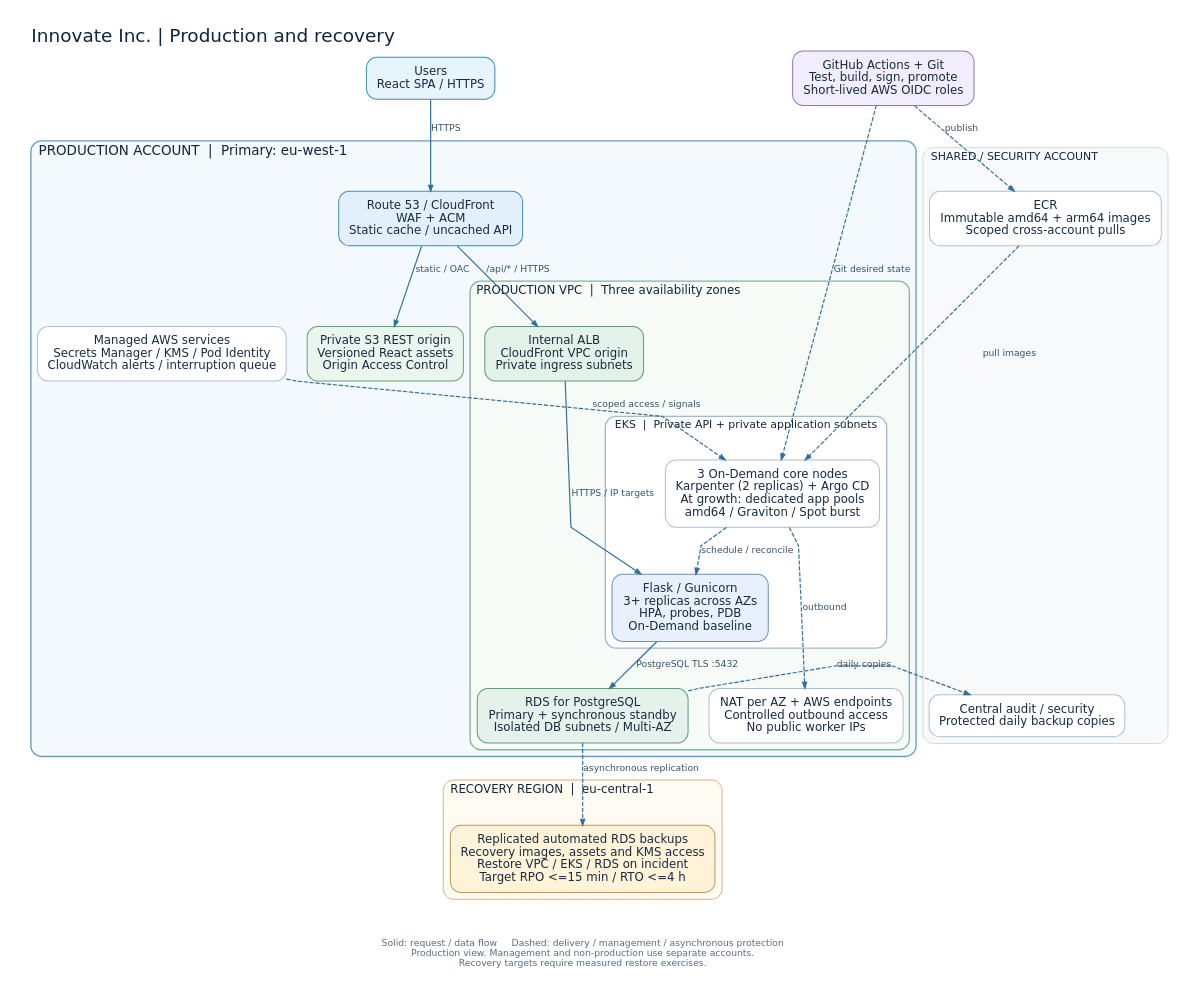
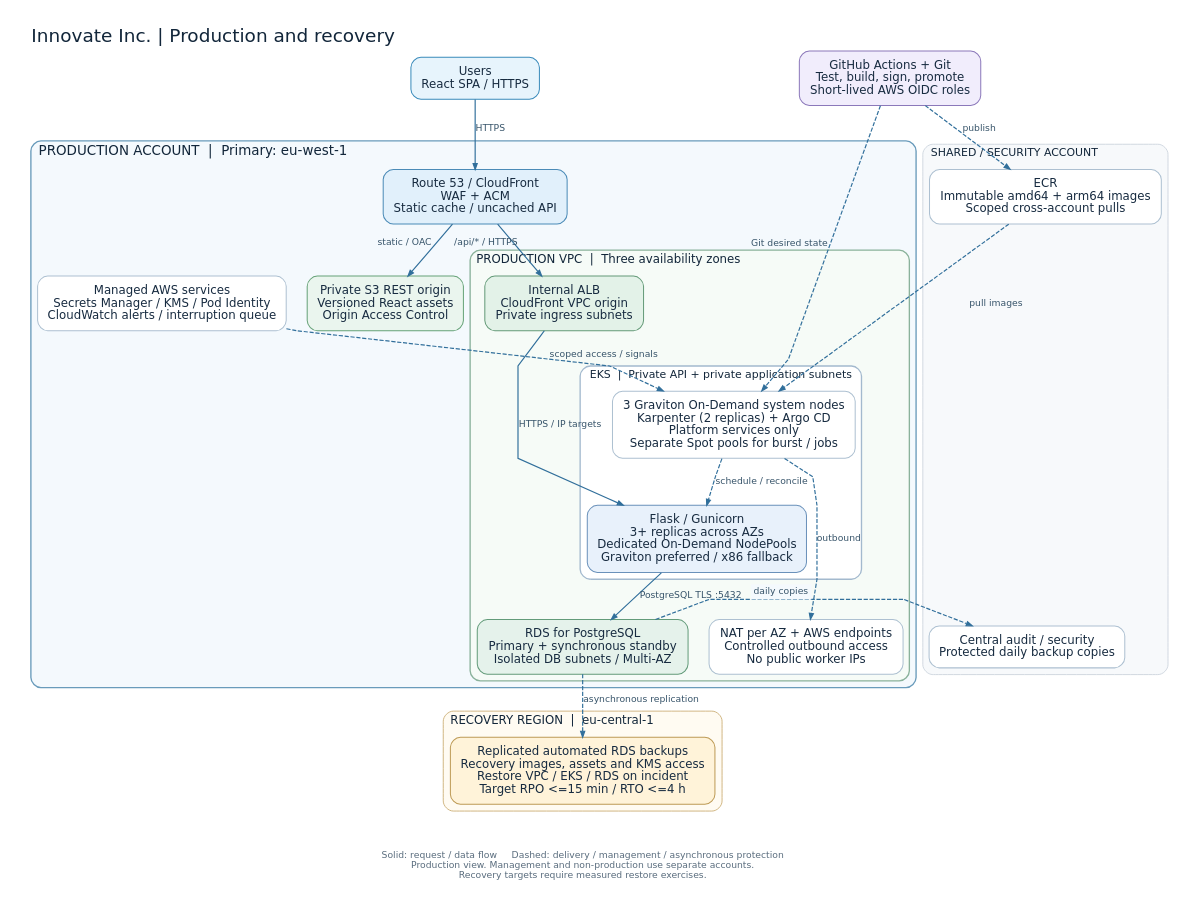
One commit to tuxpower/opsfleet changed the diagram in architecture/diagrams/innovate.dot. Above: the diagram before and after it, drawn with Graphviz. The commit also changed 3 other files, not shown here.

Commit message:
Clarify architecture choices and document regional launch costs

```diff
--- a/architecture/diagrams/innovate.dot
+++ b/architecture/diagrams/innovate.dot
@@ -1,68 +1,68 @@
 // Render: dot -Tsvg architecture/diagrams/innovate.dot -o architecture/diagrams/innovate.svg
 digraph Innovate {
   graph [rankdir=TB, bgcolor="#ffffff", pad=0.3, nodesep=0.35, ranksep=0.6,
     splines=polyline, fontname="DejaVu Sans", fontsize=22, fontcolor="#12263a",
     label="Innovate Inc. | Production and recovery", labelloc=t, labeljust=l,
     compound=true, newrank=true];
   node [shape=box, style="rounded,filled", fillcolor="#ffffff", color="#adc0d1",
     fontname="DejaVu Sans", fontsize=14, fontcolor="#172b40", margin="0.18,0.14", penwidth=1.2];
   edge [color="#316f9b", arrowsize=0.7, penwidth=1.4,
     fontname="DejaVu Sans", fontsize=11, fontcolor="#365369"];
 
   users [label="Users\nReact SPA / HTTPS", fillcolor="#e7f4fc", color="#3a8bbb"];
   ci [label="GitHub Actions + Git\nTest, build, sign, promote\nShort-lived AWS OIDC roles", fillcolor="#f1edfc", color="#8b78ba"];
 
   subgraph cluster_shared {
     label="SHARED / SECURITY ACCOUNT"; fontsize=13; color="#c9d2dc"; style="rounded,filled"; fillcolor="#f7f9fb";
     registry [label="ECR\nImmutable amd64 + arm64 images\nScoped cross-account pulls"];
     audit [label="Central audit / security\nProtected daily backup copies"];
   }
 
   subgraph cluster_prod {
     label="PRODUCTION ACCOUNT  |  Primary: eu-west-1";
     fontsize=16; color="#699bbb"; penwidth=1.6; style="rounded,filled"; fillcolor="#f4f9fd";
     edge_services [label="Route 53 / CloudFront\nWAF + ACM\nStatic cache / uncached API", fillcolor="#e1f0fb", color="#4b8bb7"];
     spa [label="Private S3 REST origin\nVersioned React assets\nOrigin Access Control", fillcolor="#eaf5ee", color="#66a278"];
     services [label="Managed AWS services\nSecrets Manager / KMS / Pod Identity\nCloudWatch alerts / interruption queue"];
 
     subgraph cluster_vpc {
       label="PRODUCTION VPC  |  Three availability zones";
       fontsize=14; color="#8ab29b"; style="rounded,filled"; fillcolor="#f6fbf7";
       alb [label="Internal ALB\nCloudFront VPC origin\nPrivate ingress subnets", fillcolor="#e3f2e8", color="#649a78"];
       subgraph cluster_eks {
         label="EKS  |  Private API + private application subnets"; fontsize=13;
         color="#a3b9ce"; style="rounded,filled"; fillcolor="#ffffff";
-        api [label="Flask / Gunicorn\n3+ replicas across AZs\nHPA, probes, PDB\nOn-Demand baseline", fillcolor="#e8f1fb", color="#6a91ba"];
-        platform [label="3 On-Demand core nodes\nKarpenter (2 replicas) + Argo CD\nAt growth: dedicated app pools\namd64 / Graviton / Spot burst"];
+        api [label="Flask / Gunicorn\n3+ replicas across AZs\nDedicated On-Demand NodePools\nGraviton preferred / x86 fallback", fillcolor="#e8f1fb", color="#6a91ba"];
+        platform [label="3 Graviton On-Demand system nodes\nKarpenter (2 replicas) + Argo CD\nPlatform services only\nSeparate Spot pools for burst / jobs"];
         platform -> api [style=dashed, label="schedule / reconcile"];
       }
       db [label="RDS for PostgreSQL\nPrimary + synchronous standby\nIsolated DB subnets / Multi-AZ", fillcolor="#e5f2eb", color="#639b7a"];
       egress [label="NAT per AZ + AWS endpoints\nControlled outbound access\nNo public worker IPs"];
       alb -> api [label="HTTPS / IP targets"];
       api -> db [label="PostgreSQL TLS :5432"];
       platform -> egress [style=dashed, label="outbound"];
     }
-    edge_services -> spa [label="static / OAC"];
-    edge_services -> alb [label="/api/* / HTTPS"];
+    edge_services -> spa [xlabel="static / OAC"];
+    edge_services -> alb [xlabel="/api/* / HTTPS"];
     services -> platform [style=dashed, label="scoped access / signals"];
   }
 
   subgraph cluster_recovery {
     label="RECOVERY REGION  |  eu-central-1"; fontsize=14;
     color="#c8a96d"; style="rounded,filled"; fillcolor="#fffbf2";
     recovery [label="Replicated automated RDS backups\nRecovery images, assets and KMS access\nRestore VPC / EKS / RDS on incident\nTarget RPO <=15 min / RTO <=4 h", fillcolor="#fff3d9", color="#bd9a55"];
   }
 
   users -> edge_services [label="HTTPS"];
   ci -> registry [style=dashed, label="publish"];
-  ci -> platform [style=dashed, label="Git desired state"];
+  ci -> platform [style=dashed, xlabel="Git desired state"];
   registry -> platform [style=dashed, label="pull images"];
-  db -> audit [style=dashed, label="daily copies"];
+  db -> audit [style=dashed, xlabel=<<TABLE BORDER="0" CELLBORDER="0" CELLSPACING="0" CELLPADDING="3" BGCOLOR="#f4f9fd"><TR><TD>daily copies</TD></TR></TABLE>>];
   db -> recovery [style=dashed, label="asynchronous replication"];
   {rank=same; users; ci;}
   {rank=same; registry; edge_services;}
   {rank=same; spa; alb; services;}
   {rank=same; db; egress; audit;}
   legend [shape=plaintext, label="Solid: request / data flow     Dashed: delivery / management / asynchronous protection\nProduction view. Management and non-production use separate accounts.\nRecovery targets require measured restore exercises.", fontsize=11, fontcolor="#596c7d"];
   recovery -> legend [style=invis];
 }
```
